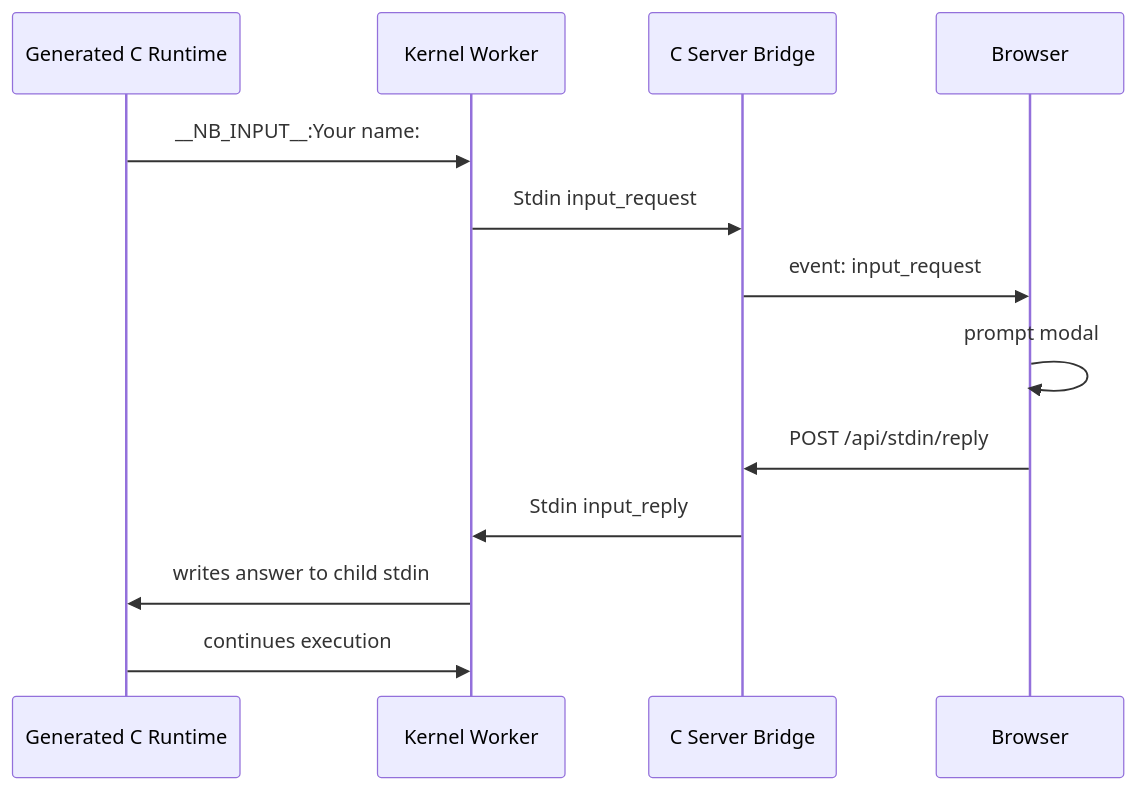
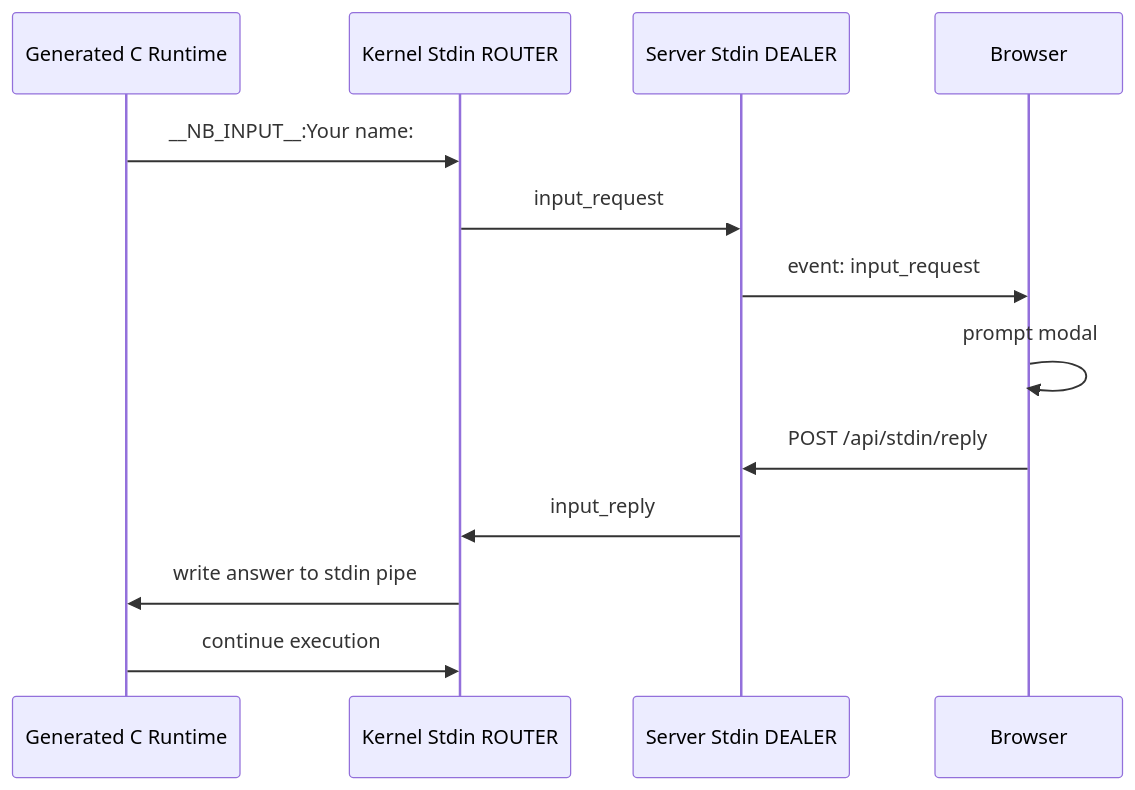
One commit to Andrew53O/zemomq-c-notebook changed the fourth of 8 diagrams in README.md. Above: the diagram before and after it, drawn with Mermaid. The commit also changed other lines of this file, not shown here.

Commit message:
docs: expand readme channel architecture

````diff
--- a/README.md
+++ b/README.md
@@ -123,16 +177,16 @@
 ```mermaid
 sequenceDiagram
     participant R as Generated C Runtime
-    participant K as Kernel Worker
-    participant S as C Server Bridge
+    participant K as Kernel Stdin ROUTER
+    participant S as Server Stdin DEALER
     participant B as Browser
 
     R->>K: __NB_INPUT__:Your name:
-    K->>S: Stdin input_request
+    K->>S: input_request
     S->>B: event: input_request
     B->>B: prompt modal
     B->>S: POST /api/stdin/reply
-    S->>K: Stdin input_reply
-    K->>R: writes answer to child stdin
-    R->>K: continues execution
+    S->>K: input_reply
+    K->>R: write answer to stdin pipe
+    R->>K: continue execution
 ```
````
